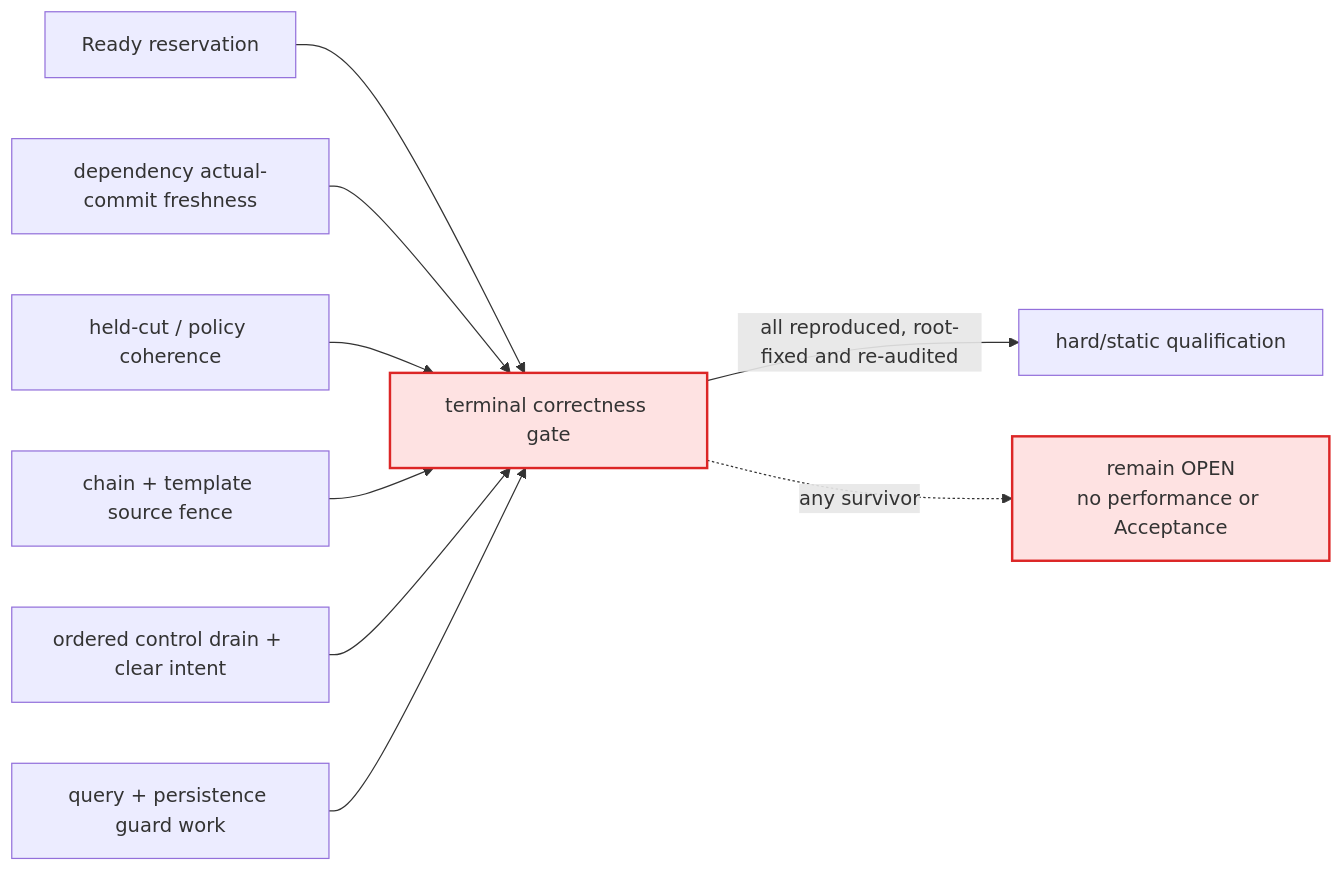
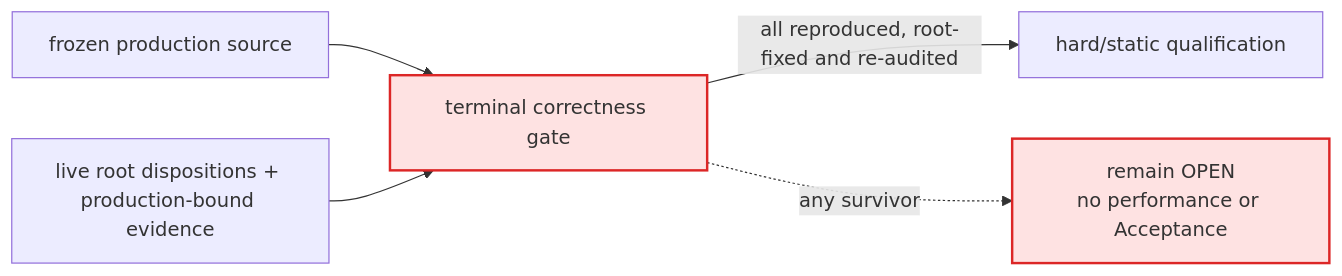
One commit to nervosnetwork/ckb changed the fifth of 5 diagrams in tx-pool/docs/ARCHITECTURE.md. Above: the diagram before and after it, drawn with Mermaid. The commit also changed other lines of this file and 46 other files, not shown here.

````diff
--- a/tx-pool/docs/ARCHITECTURE.md
+++ b/tx-pool/docs/ARCHITECTURE.md
@@ -442,15 +435,10 @@
 ```mermaid
 flowchart LR
-    R["Ready reservation"] --> Gate["terminal correctness gate"]
-    D["dependency actual-commit freshness"] --> Gate
-    C["held-cut / policy coherence"] --> Gate
-    S["chain + template source fence"] --> Gate
-    O["ordered control drain + clear intent"] --> Gate
-    Q["query + persistence guard work"] --> Gate
-
+    Source["frozen production source"] --> Gate["terminal correctness gate"]
+    Findings["live root dispositions + production-bound evidence"] --> Gate
     Gate -->|all reproduced, root-fixed and re-audited| Static["hard/static qualification"]
     Gate -.->|any survivor| Open["remain OPEN\nno performance or Acceptance"]
 
     classDef blocked fill:#fee2e2,stroke:#dc2626,stroke-width:2px;
     class Gate,Open blocked;
 ```
````
